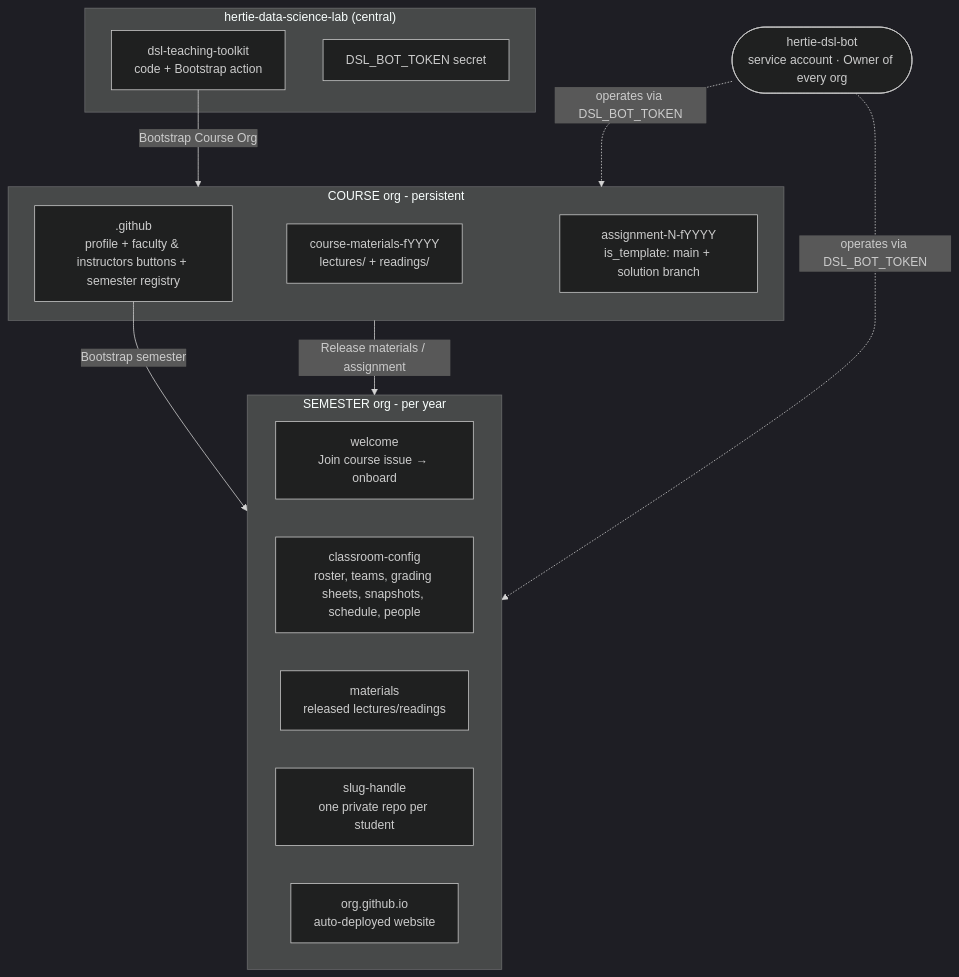
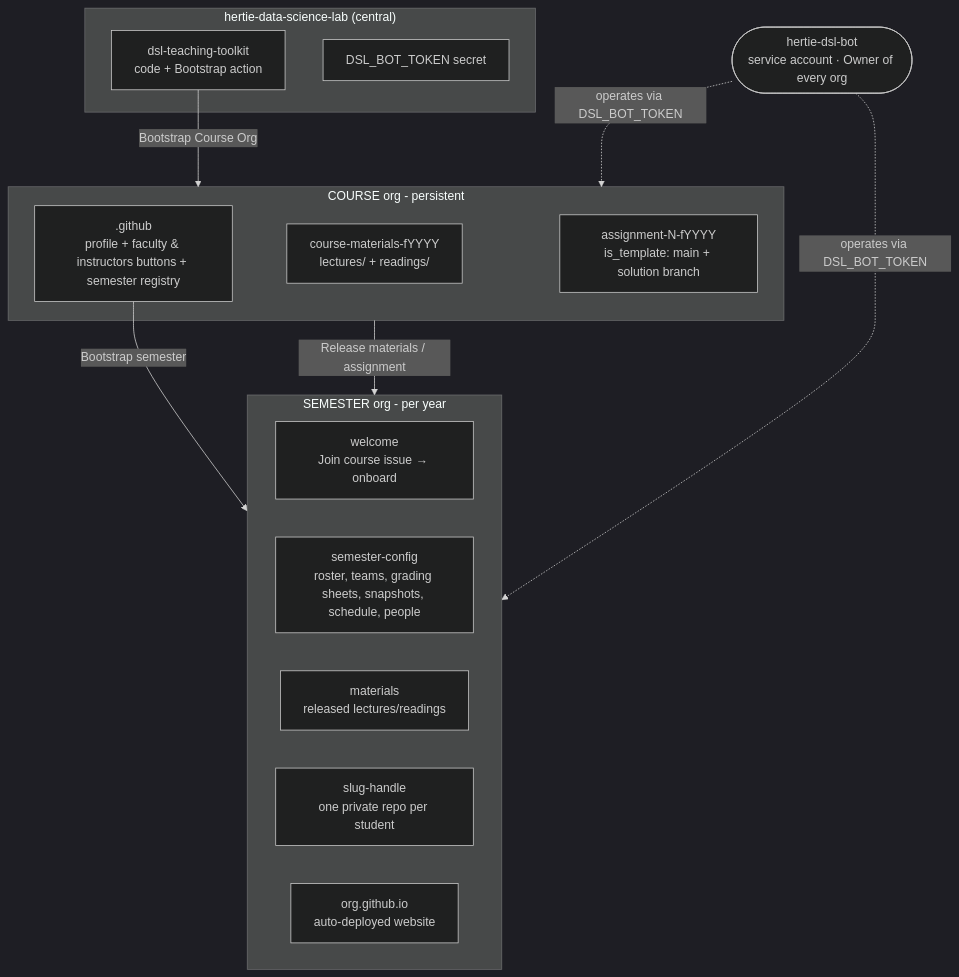
The first of 10 diagrams in docs-admin-arch/architecture.md (hertie-data-science-lab/dsl-teaching-toolkit), drawn with Mermaid (dark theme) before and after one commit. The commit also changed other lines of this file and 125 other files, not shown here.

Commit message:
refactor(layout): rename classroom-config to semester-config

````diff
--- a/docs-admin-arch/architecture.md
+++ b/docs-admin-arch/architecture.md
@@ -34,35 +34,35 @@
 ```mermaid
 flowchart TB
   subgraph central["hertie-data-science-lab (central)"]
     repo["`dsl-teaching-toolkit
 code + Bootstrap action`"]
     sec["DSL_BOT_TOKEN secret"]
   end
   bot(["`hertie-dsl-bot
 service account · Owner of every org`"])
   subgraph course["COURSE org - persistent"]
     cg["`.github
 profile + faculty & instructors buttons + semester registry`"]
     mat["`course-materials-fYYYY
 lectures/ + readings/`"]
     asg["`assignment-N-fYYYY
 is_template: main + solution branch`"]
   end
   subgraph semester["SEMESTER org - per year"]
     wel["`welcome
 Join course issue → onboard`"]
-    ros["`classroom-config
+    ros["`semester-config
 roster, teams, grading sheets, snapshots, schedule, people`"]
     cmat["`materials
 released lectures/readings`"]
     stu["`slug-handle
 one private repo per student`"]
     site["`org.github.io
 auto-deployed website`"]
   end
   repo -->|"Bootstrap Course Org"| course
   cg -->|"Bootstrap semester"| semester
   course -->|"Release materials / assignment"| semester
   bot -.->|"operates via DSL_BOT_TOKEN"| course
   bot -.->|"operates via DSL_BOT_TOKEN"| semester
 ```
````
